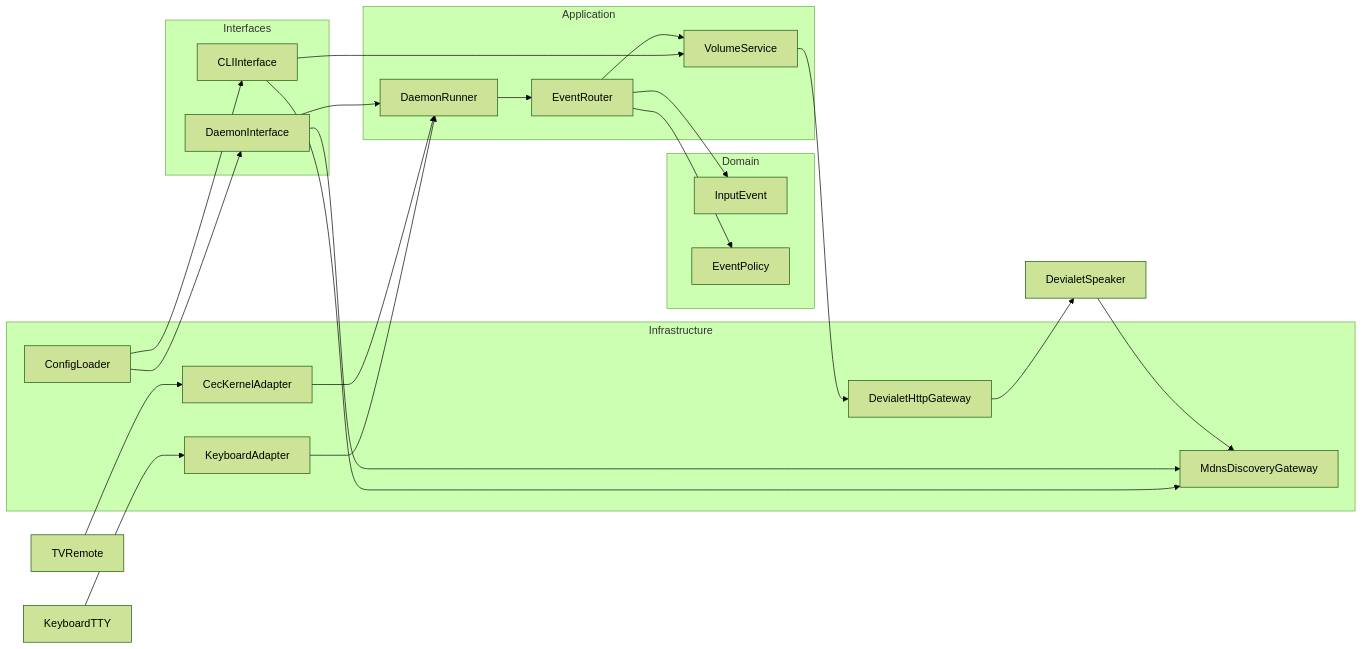
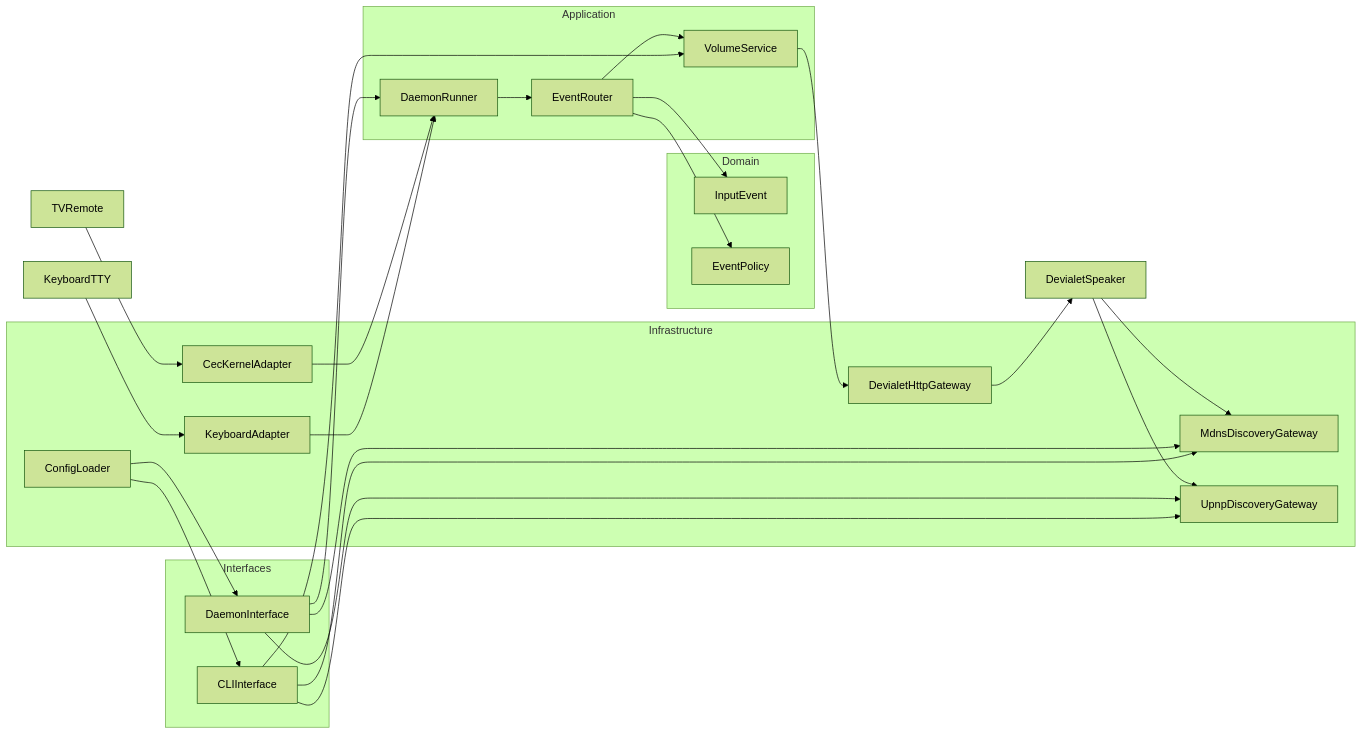
Before and after one commit to clementperon/devialet-phantom-ctl: the first of 2 diagrams in ARCHITECTURE.md, drawn with Mermaid (forest theme). The commit also changed other lines of this file, not shown here.

````diff
--- a/ARCHITECTURE.md
+++ b/ARCHITECTURE.md
@@ -42,45 +43,49 @@
 ```mermaid
 flowchart LR
   subgraph interfacesLayer [Interfaces]
     cliInterface[CLIInterface]
     daemonInterface[DaemonInterface]
   end
 
   subgraph appLayer [Application]
     eventRouter[EventRouter]
     volumeService[VolumeService]
     daemonRunner[DaemonRunner]
   end
 
   subgraph domainLayer [Domain]
     inputEvent[InputEvent]
     repeatPolicy[EventPolicy]
   end
 
   subgraph infraLayer [Infrastructure]
     cecAdapter[CecKernelAdapter]
     keyboardAdapter[KeyboardAdapter]
     httpGateway[DevialetHttpGateway]
     mdnsGateway[MdnsDiscoveryGateway]
+    upnpGateway[UpnpDiscoveryGateway]
     configLoader[ConfigLoader]
   end
 
   devialetSpeaker[DevialetSpeaker]
   tvRemote[TVRemote] --> cecAdapter
   keyboardInput[KeyboardTTY] --> keyboardAdapter
   cecAdapter --> daemonRunner
   keyboardAdapter --> daemonRunner
   daemonInterface --> daemonRunner
   daemonRunner --> eventRouter
   eventRouter --> repeatPolicy
   eventRouter --> inputEvent
   eventRouter --> volumeService
   cliInterface --> volumeService
   volumeService --> httpGateway
   httpGateway --> devialetSpeaker
   devialetSpeaker --> mdnsGateway
+  devialetSpeaker --> upnpGateway
   daemonInterface --> mdnsGateway
+  daemonInterface --> upnpGateway
   cliInterface --> mdnsGateway
+  cliInterface --> upnpGateway
   configLoader --> daemonInterface
   configLoader --> cliInterface
 ```
````
